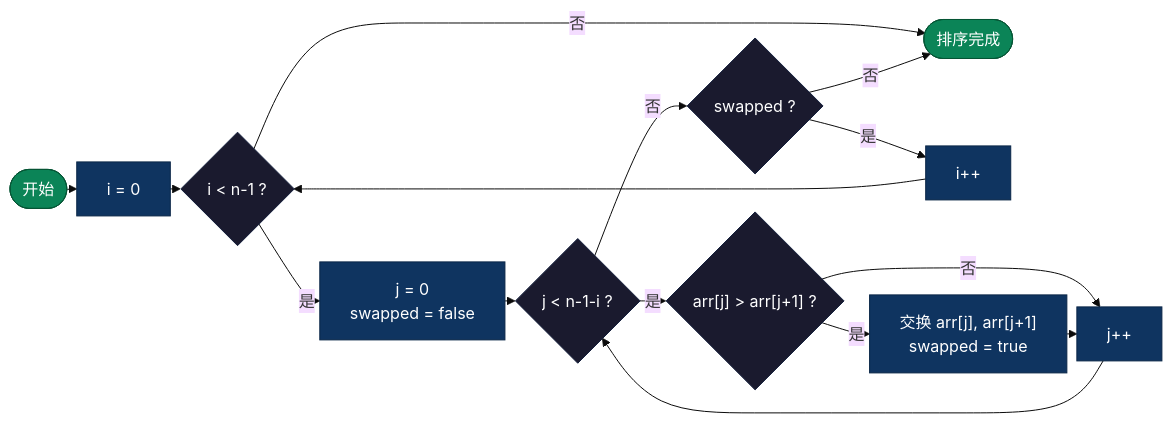
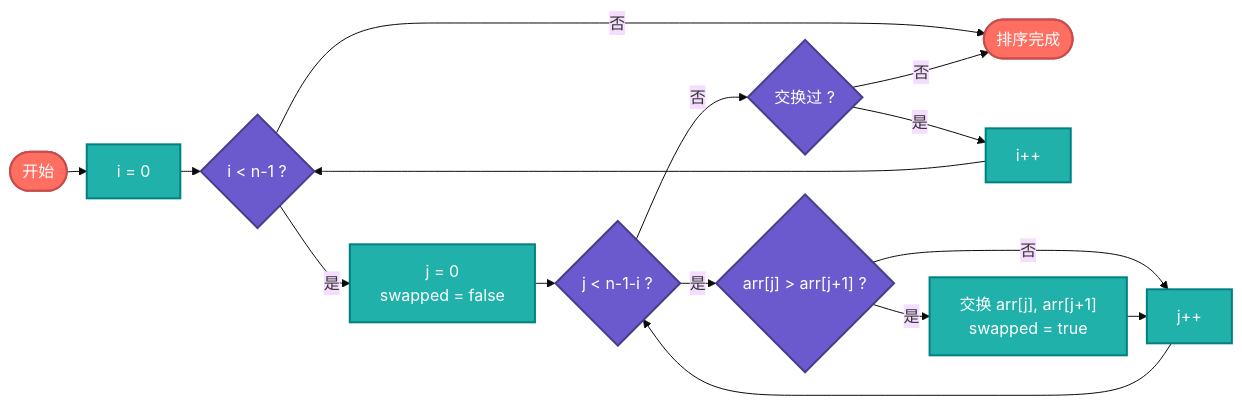
One commit to microwind/algorithms changed the third of 14 diagrams in sorting/AI-Era-Top-10-Sorting-Algorithms.md. Above: the diagram before and after it, drawn with Mermaid (base theme). The commit also changed other lines of this file and 36 other files, not shown here.

````diff
--- a/sorting/AI-Era-Top-10-Sorting-Algorithms.md
+++ b/sorting/AI-Era-Top-10-Sorting-Algorithms.md
@@ -139,26 +126,28 @@
 ```mermaid
-%%{init: {'flowchart': {'nodeSpacing': 10, 'rankSpacing': 10, 'padding': 15}}}%%
+%%{init: {'flowchart': {'nodeSpacing': 10, 'rankSpacing': 20, 'padding': 15}}}%%
 graph LR
     S(["开始"]) --> INIT["i = 0"]
     INIT --> OUTER{"i < n-1 ?"}
     OUTER -->|"否"| END(["排序完成"])
     OUTER -->|"是"| JSTART["j = 0\nswapped = false"]
     JSTART --> INNER{"j < n-1-i ?"}
-    INNER -->|"否"| CHKSW{"swapped ?"}
+    INNER -->|"否"| CHKSW{"交换过 ?"}
     CHKSW -->|"否"| END
     CHKSW -->|"是"| INC["i++"]
     INC --> OUTER
     INNER -->|"是"| CMP{"arr[j] > arr[j+1] ?"}
     CMP -->|"否"| JINC["j++"]
     CMP -->|"是"| SWAP["交换 arr[j], arr[j+1]\nswapped = true"]
     SWAP --> JINC
     JINC --> INNER
 
-    classDef start fill:#0b8457,color:#fff,stroke:#065535
-    classDef decision fill:#1a1a2e,color:#fff,stroke:#16213e
-    classDef process fill:#0f3460,color:#fff,stroke:#0a2647
+    %% 节点样式定义
+    classDef start fill:#ff6f61,color:#fff,stroke:#c94c4c,stroke-width:2px
+    classDef decision fill:#6a5acd,color:#fff,stroke:#483d8b,stroke-width:2px
+    classDef process fill:#20b2aa,color:#fff,stroke:#008080,stroke-width:2px
 
+    %% 应用样式
     class S,END start
     class OUTER,INNER,CMP,CHKSW decision
     class INIT,JSTART,INC,JINC,SWAP process
 ```
````
